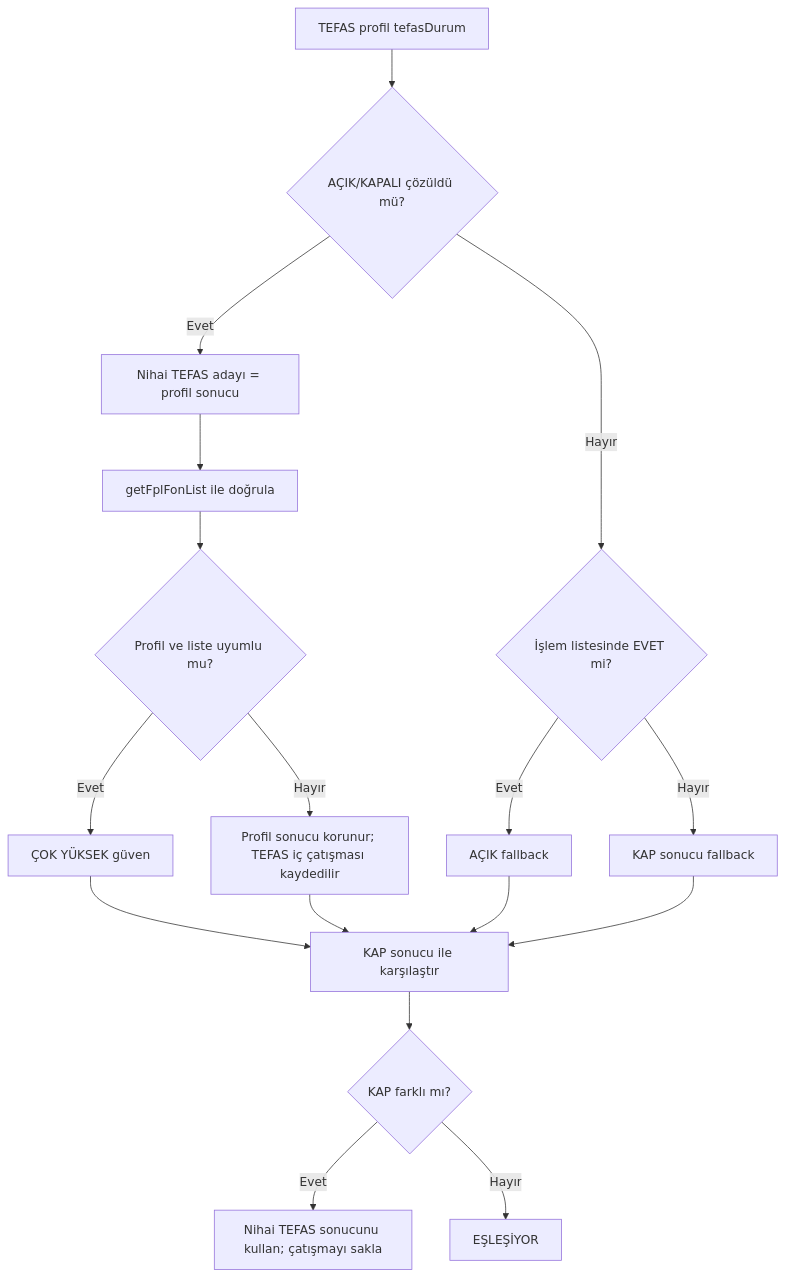
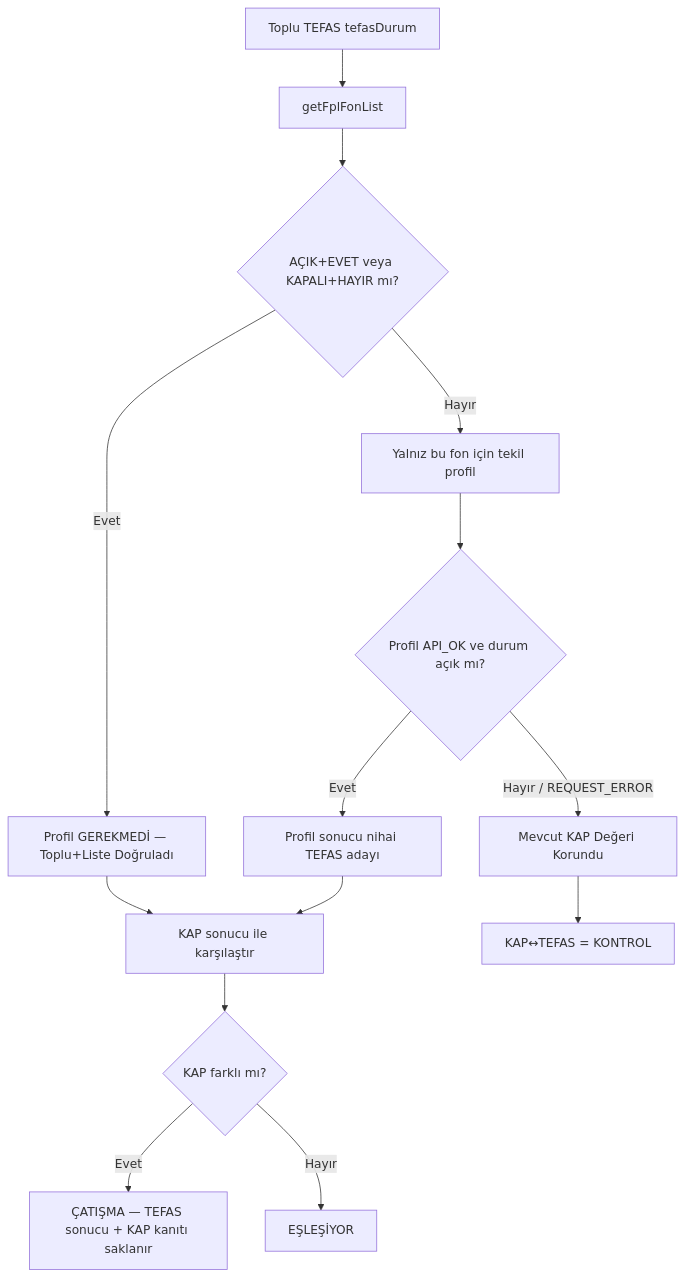
One commit to egemenkarabulut/PiyasaNabzi-KAP-YAT changed the eighth of 18 diagrams in README.md. Above: the diagram before and after it, drawn with Mermaid. The commit also changed other lines of this file and 3 other files, not shown here.

````diff
--- a/README.md
+++ b/README.md
@@ -356,19 +339,16 @@
 ```mermaid
 flowchart TD
-    A["TEFAS profil tefasDurum"] --> B{"AÇIK/KAPALI çözüldü mü?"}
-    B -- "Evet" --> C["Nihai TEFAS adayı = profil sonucu"]
-    C --> D["getFplFonList ile doğrula"]
-    D --> E{"Profil ve liste uyumlu mu?"}
-    E -- "Evet" --> F["ÇOK YÜKSEK güven"]
-    E -- "Hayır" --> G["Profil sonucu korunur; TEFAS iç çatışması kaydedilir"]
-    B -- "Hayır" --> H{"İşlem listesinde EVET mi?"}
-    H -- "Evet" --> I["AÇIK fallback"]
-    H -- "Hayır" --> J["KAP sonucu fallback"]
-    F --> K["KAP sonucu ile karşılaştır"]
-    G --> K
-    I --> K
-    J --> K
-    K --> L{"KAP farklı mı?"}
-    L -- "Evet" --> M["Nihai TEFAS sonucunu kullan; çatışmayı sakla"]
-    L -- "Hayır" --> N["EŞLEŞİYOR"]
+    A["Toplu TEFAS tefasDurum"] --> B["getFplFonList"]
+    B --> C{"AÇIK+EVET veya KAPALI+HAYIR mı?"}
+    C -- "Evet" --> D["Profil GEREKMEDİ — Toplu+Liste Doğruladı"]
+    C -- "Hayır" --> E["Yalnız bu fon için tekil profil"]
+    E --> F{"Profil API_OK ve durum açık mı?"}
+    F -- "Evet" --> G["Profil sonucu nihai TEFAS adayı"]
+    F -- "Hayır / REQUEST_ERROR" --> H["Mevcut KAP Değeri Korundu"]
+    D --> I["KAP sonucu ile karşılaştır"]
+    G --> I
+    H --> J["KAP↔TEFAS = KONTROL"]
+    I --> K{"KAP farklı mı?"}
+    K -- "Evet" --> L["ÇATIŞMA — TEFAS sonucu + KAP kanıtı saklanır"]
+    K -- "Hayır" --> M["EŞLEŞİYOR"]
 ```
````
